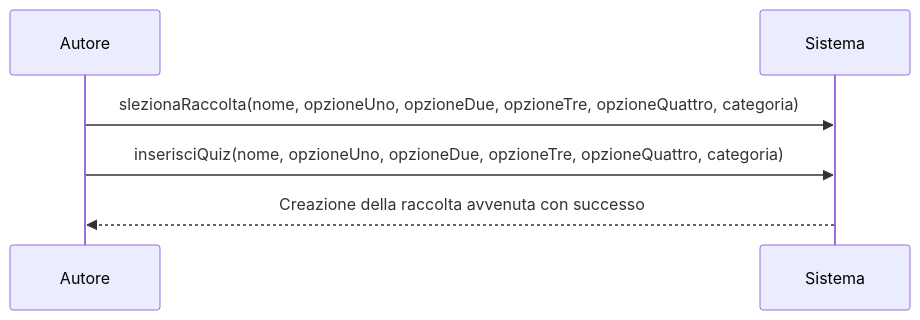
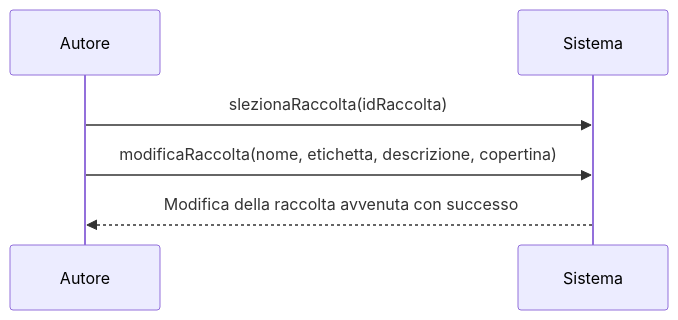
Before and after one commit to SicMic/Quix: the sixth of 10 diagrams in README.md, drawn with Mermaid. The commit also changed other lines of this file and 3 other files, not shown here.

````diff
--- a/README.md
+++ b/README.md
@@ -165,9 +165,9 @@
 ```mermaid
 sequenceDiagram
     participant A as Autore
     participant S as Sistema
-    
-    A->>S: slezionaRaccolta(nome, opzioneUno, opzioneDue, opzioneTre, opzioneQuattro, categoria)
-    A->>S: inserisciQuiz(nome, opzioneUno, opzioneDue, opzioneTre, opzioneQuattro, categoria)
-    S-->>A: Creazione della raccolta avvenuta con successo
+
+    A->>S: slezionaRaccolta(idRaccolta)
+    A->>S: modificaRaccolta(nome, etichetta, descrizione, copertina)
+    S-->>A: Modifica della raccolta avvenuta con successo
 ```
````
